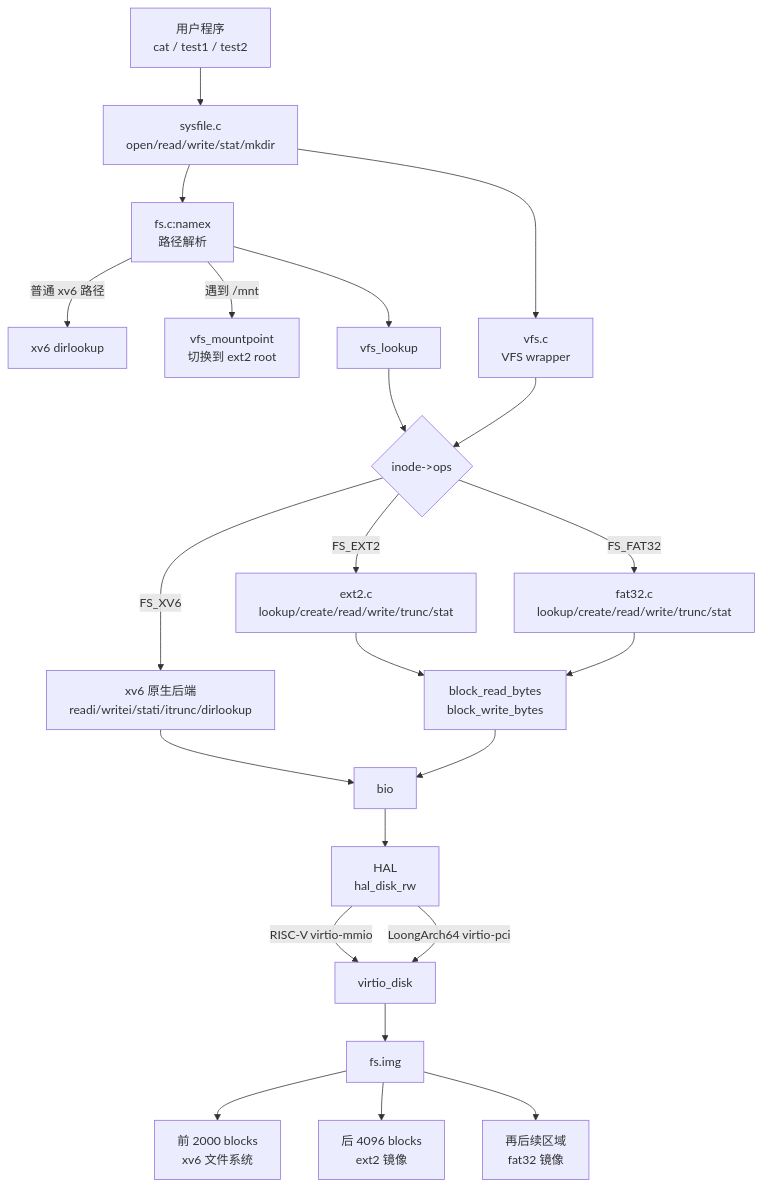
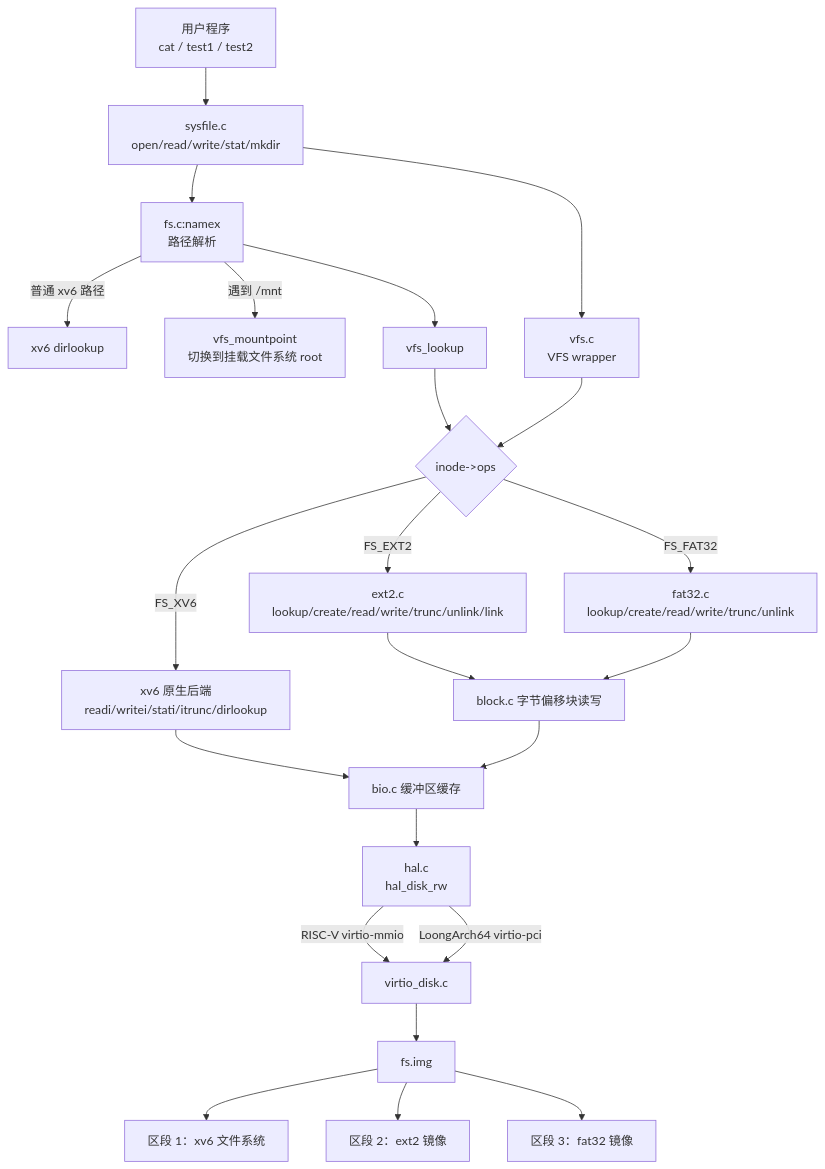
The first of 2 diagrams in docs/design.md (twilight-8/Nscscc-xv6-net-dynlink), drawn with Mermaid before and after one commit. The commit also changed other lines of this file and 2 other files, not shown here.

````diff
--- a/docs/design.md
+++ b/docs/design.md
@@ -34,32 +18,32 @@
 ```mermaid
 flowchart TD
     U[用户程序<br/>cat / test1 / test2] --> S[sysfile.c<br/>open/read/write/stat/mkdir]
 
     S --> N[fs.c:namex<br/>路径解析]
     N -->|普通 xv6 路径| XDIR[xv6 dirlookup]
-    N -->|遇到 /mnt| MP[vfs_mountpoint<br/>切换到 ext2 root]
+    N -->|遇到 /mnt| MP[vfs_mountpoint<br/>切换到挂载文件系统 root]
 
     S --> V[vfs.c<br/>VFS wrapper]
     N --> VL[vfs_lookup]
 
     V --> OPS{inode->ops}
     VL --> OPS
 
     OPS -->|FS_XV6| XV6[xv6 原生后端<br/>readi/writei/stati/itrunc/dirlookup]
-    OPS -->|FS_EXT2| EXT2[ext2.c<br/>lookup/create/read/write/trunc/stat]
-    OPS -->|FS_FAT32| FAT32[fat32.c<br/>lookup/create/read/write/trunc/stat]
+    OPS -->|FS_EXT2| EXT2[ext2.c<br/>lookup/create/read/write/trunc/unlink/link]
+    OPS -->|FS_FAT32| FAT32[fat32.c<br/>lookup/create/read/write/trunc/unlink]
 
-    XV6 --> BIO[bio]
-    EXT2 --> BLK[block_read_bytes<br/>block_write_bytes]
+    XV6 --> BIO[bio.c 缓冲区缓存]
+    EXT2 --> BLK[block.c 字节偏移块读写]
     FAT32 --> BLK
     BLK --> BIO
 
-    BIO --> HAL[HAL<br/>hal_disk_rw]
-    HAL -->|RISC-V virtio-mmio| VIRTIO[virtio_disk]
+    BIO --> HAL[hal.c<br/>hal_disk_rw]
+    HAL -->|RISC-V virtio-mmio| VIRTIO[virtio_disk.c]
     HAL -->|LoongArch64 virtio-pci| VIRTIO
 
     VIRTIO --> IMG[fs.img]
-    IMG --> XIMG[前 2000 blocks<br/>xv6 文件系统]
-    IMG --> EIMG[后 4096 blocks<br/>ext2 镜像]
-    IMG --> FIMG[再后续区域<br/>fat32 镜像]
+    IMG --> XIMG[区段 1：xv6 文件系统]
+    IMG --> EIMG[区段 2：ext2 镜像]
+    IMG --> FIMG[区段 3：fat32 镜像]
 ```
````
